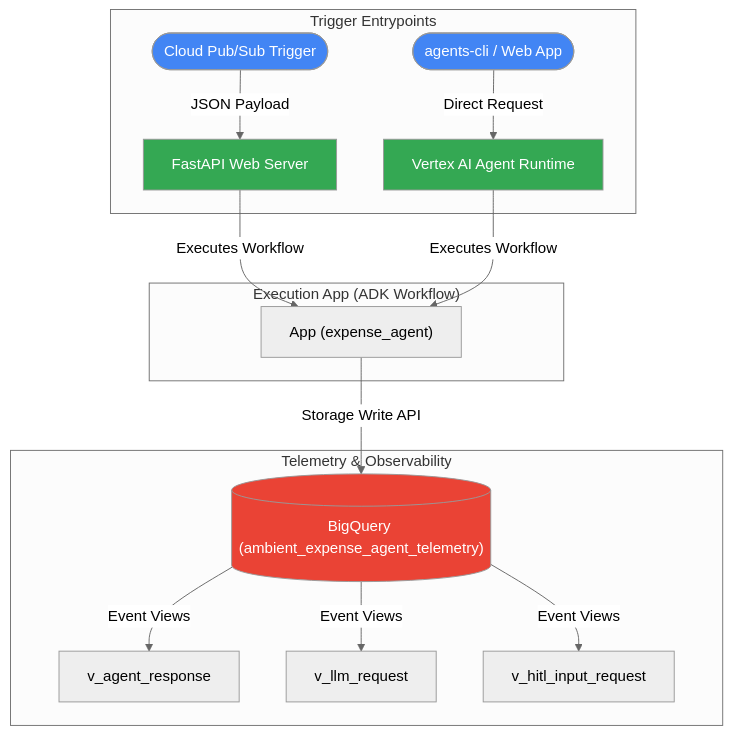
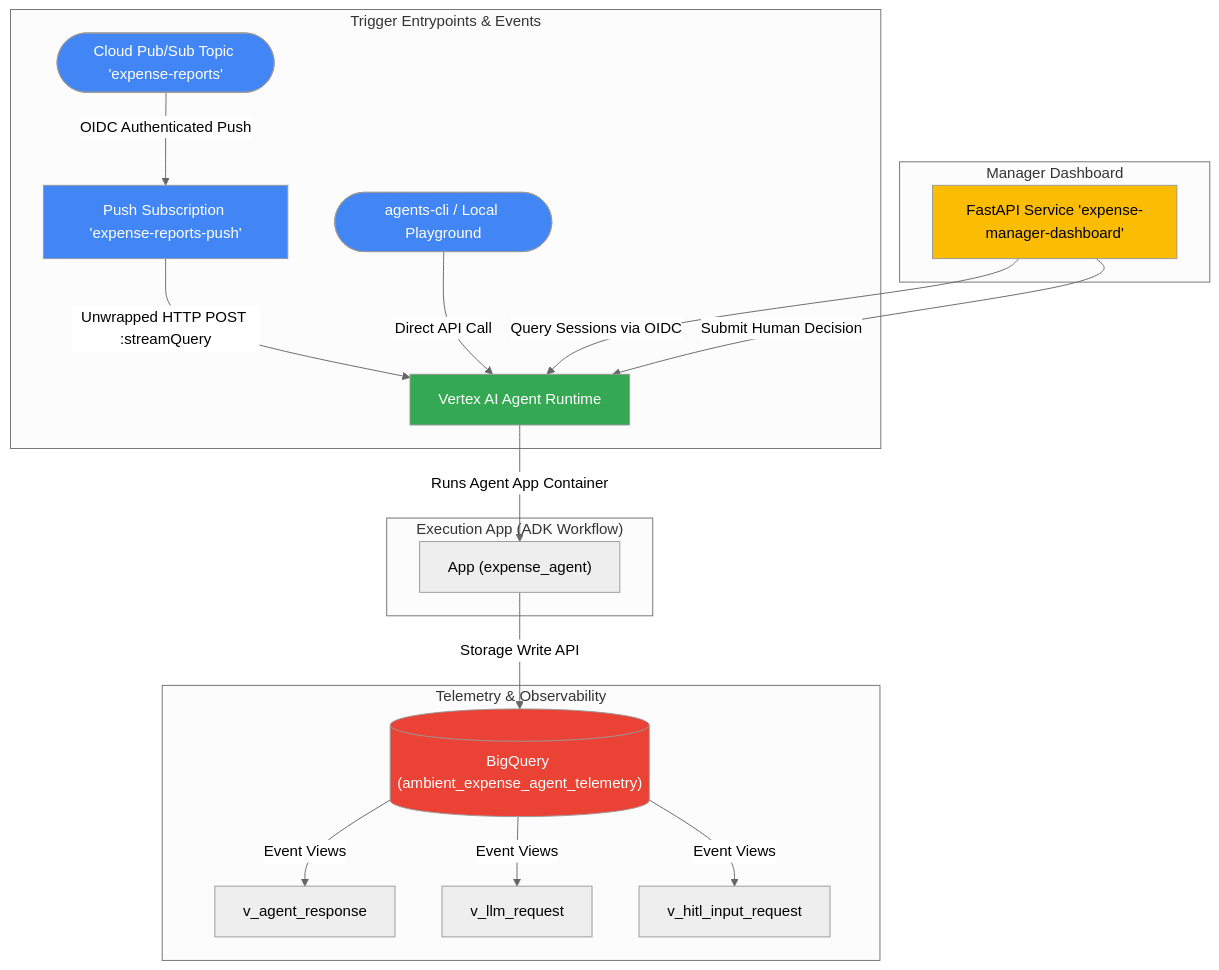
One commit to Binary-yev/ambient-expense-agent changed the second of 3 diagrams in README.md. Above: the diagram before and after it, drawn with Mermaid (neutral theme). The commit also changed other lines of this file and 5 other files, not shown here.

Commit message:
feat: Add Manager Dashboard service and Pub/Sub push event pipeline

````diff
--- a/README.md
+++ b/README.md
@@ -63,25 +65,31 @@
 ```mermaid
 flowchart TD
-    subgraph TriggerEntrypoints ["Trigger Entrypoints"]
-        PS(["Cloud Pub/Sub Trigger"]) -->|JSON Payload| FA["FastAPI Web Server"]
-        CLI(["agents-cli / Web App"]) -->|Direct Request| AR["Vertex AI Agent Runtime"]
+    subgraph TriggerEntrypoints ["Trigger Entrypoints & Events"]
+        PS(["Cloud Pub/Sub Topic 'expense-reports'"]) -->|OIDC Authenticated Push| SUB["Push Subscription 'expense-reports-push'"]
+        SUB -->|Unwrapped HTTP POST :streamQuery| AR["Vertex AI Agent Runtime"]
+        CLI(["agents-cli / Local Playground"]) -->|Direct API Call| AR
     end
 
     subgraph ExecutionApp ["Execution App (ADK Workflow)"]
-        FA -->|Executes Workflow| APP["App (expense_agent)"]
-        AR -->|Executes Workflow| APP
+        AR -->|Runs Agent App Container| APP["App (expense_agent)"]
+    end
+
+    subgraph ManagerDashboard ["Manager Dashboard"]
+        MD["FastAPI Service 'expense-manager-dashboard'"] -->|Query Sessions via OIDC| AR
+        MD -->|Submit Human Decision| AR
     end
 
     subgraph TelemetryObservability ["Telemetry & Observability"]
         APP -->|Storage Write API| BQ[("BigQuery (ambient_expense_agent_telemetry)")]
         BQ -->|Event Views| V1["v_agent_response"]
         BQ -->|Event Views| V2["v_llm_request"]
         BQ -->|Event Views| V3["v_hitl_input_request"]
     end
 
     style PS fill:#4285F4,color:#fff
+    style SUB fill:#4285F4,color:#fff
     style CLI fill:#4285F4,color:#fff
     style AR fill:#34A853,color:#fff
-    style FA fill:#34A853,color:#fff
+    style MD fill:#FBBC04,color:#000
     style BQ fill:#EA4335,color:#fff
 ```
````
